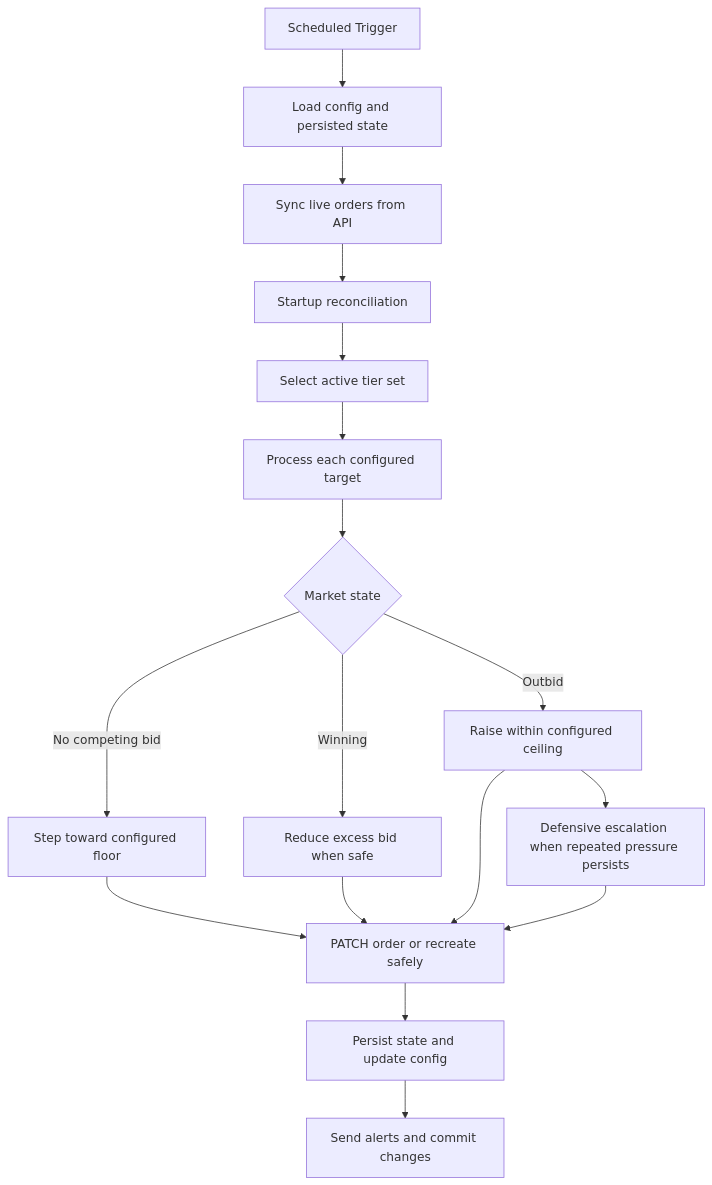
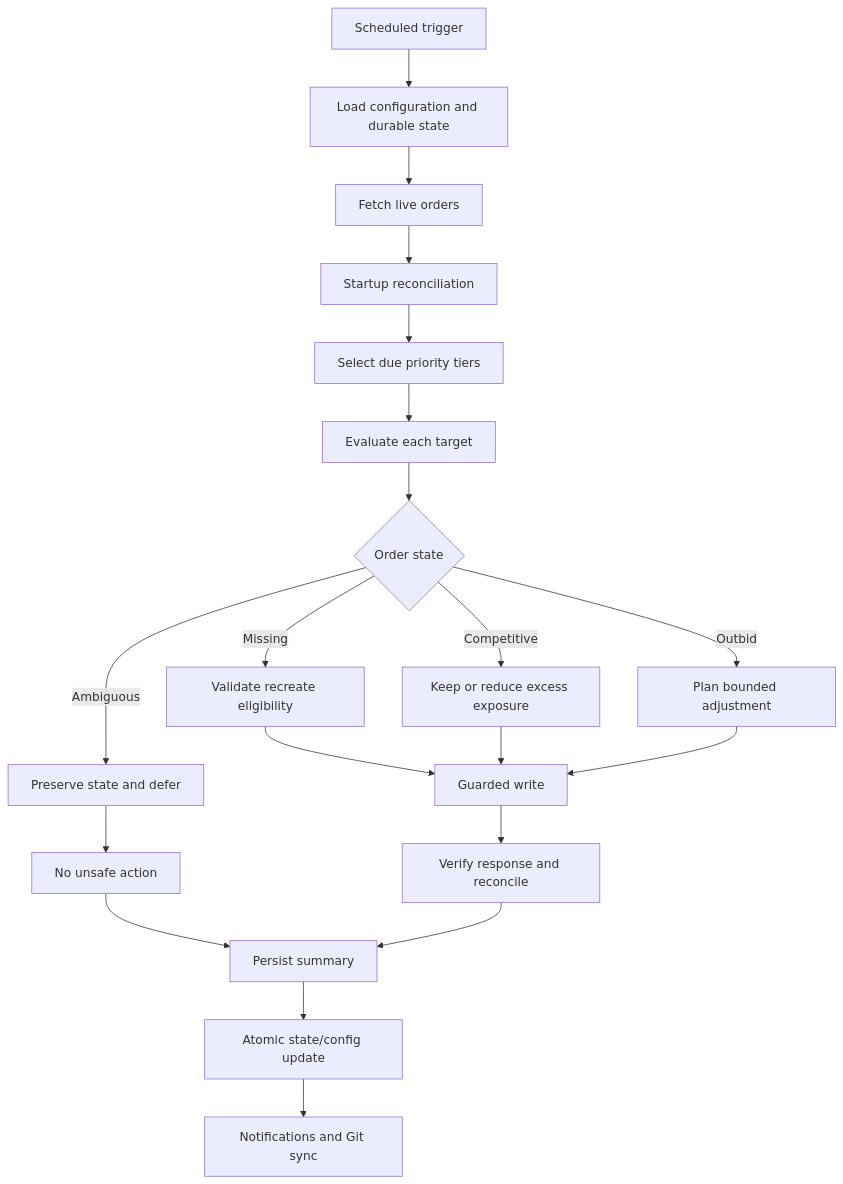
The second of 3 diagrams in README.md (ChardXBT/CS2-Marketplace-Trading-System), drawn with Mermaid before and after one commit. The commit also changed other lines of this file, not shown here.

````diff
--- a/README.md
+++ b/README.md
@@ -24,19 +71,22 @@
 ```mermaid
 flowchart TD
-    A["Scheduled Trigger"] --> B["Load config and persisted state"]
-    B --> C["Sync live orders from API"]
+    A["Scheduled trigger"] --> B["Load configuration and durable state"]
+    B --> C["Fetch live orders"]
     C --> D["Startup reconciliation"]
-    D --> E["Select active tier set"]
-    E --> F["Process each configured target"]
-    F --> G{"Market state"}
-    G -->|No competing bid| H["Step toward configured floor"]
-    G -->|Winning| I["Reduce excess bid when safe"]
-    G -->|Outbid| J["Raise within configured ceiling"]
-    J --> K["Defensive escalation when repeated pressure persists"]
-    H --> L["PATCH order or recreate safely"]
+    D --> E["Select due priority tiers"]
+    E --> F["Evaluate each target"]
+    F --> G{"Order state"}
+    G -->|Missing| H["Validate recreate eligibility"]
+    G -->|Competitive| I["Keep or reduce excess exposure"]
+    G -->|Outbid| J["Plan bounded adjustment"]
+    G -->|Ambiguous| K["Preserve state and defer"]
+    H --> L["Guarded write"]
     I --> L
     J --> L
-    K --> L
-    L --> M["Persist state and update config"]
-    M --> N["Send alerts and commit changes"]
+    K --> M["No unsafe action"]
+    L --> N["Verify response and reconcile"]
+    M --> O["Persist summary"]
+    N --> O
+    O --> P["Atomic state/config update"]
+    P --> Q["Notifications and Git sync"]
 ```
````
